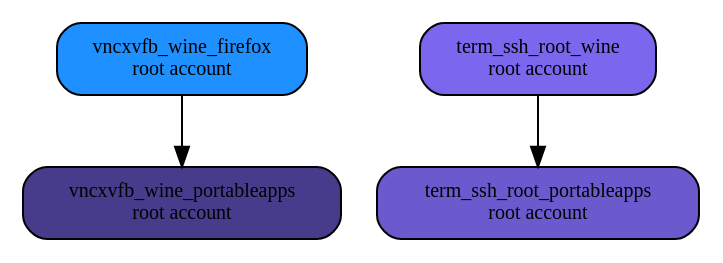
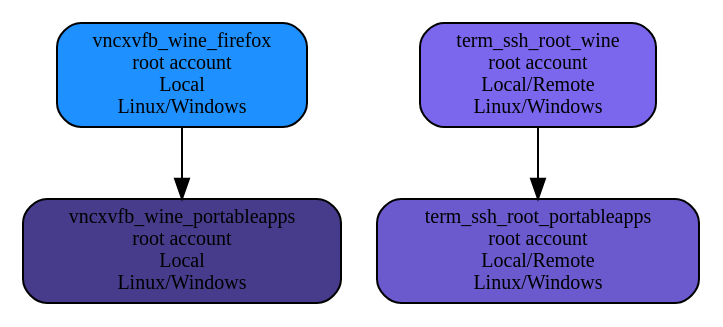
One commit to marchandd/docker_index changed the diagram in graph3.dot. Above: the diagram before and after it, drawn with Graphviz. The commit also changed 7 other files, not shown here.

```diff
--- a/graph3.dot
+++ b/graph3.dot
@@ -1,9 +1,9 @@
 digraph docker
 {
- "vncxvfb_wine_firefox" [label="vncxvfb_wine_firefox\nroot account",shape=box,fillcolor="dodgerblue",style="filled,rounded", fontsize="10.0"];
- "vncxvfb_wine_portableapps" [label="vncxvfb_wine_portableapps\nroot account",shape=box,fillcolor="slateblue4",style="filled,rounded", fontsize="10.0"];
- "term_ssh_root_wine" [label="term_ssh_root_wine\nroot account",shape=box,fillcolor="slateblue2",style="filled,rounded", fontsize="10.0"];
- "term_ssh_root_portableapps" [label="term_ssh_root_portableapps\nroot account",shape=box,fillcolor="slateblue",style="filled,rounded", fontsize="10.0"];
+ "vncxvfb_wine_firefox" [label="vncxvfb_wine_firefox\nroot account\nLocal\nLinux/Windows",shape=box,fillcolor="dodgerblue",style="filled,rounded", fontsize="10.0"];
+ "vncxvfb_wine_portableapps" [label="vncxvfb_wine_portableapps\nroot account\nLocal\nLinux/Windows",shape=box,fillcolor="slateblue4",style="filled,rounded", fontsize="10.0"];
+ "term_ssh_root_wine" [label="term_ssh_root_wine\nroot account\nLocal/Remote\nLinux/Windows",shape=box,fillcolor="slateblue2",style="filled,rounded", fontsize="10.0"];
+ "term_ssh_root_portableapps" [label="term_ssh_root_portableapps\nroot account\nLocal/Remote\nLinux/Windows",shape=box,fillcolor="slateblue",style="filled,rounded", fontsize="10.0"];
  "vncxvfb_wine_firefox" -> "vncxvfb_wine_portableapps";
  "term_ssh_root_wine" -> "term_ssh_root_portableapps";
 }
```
